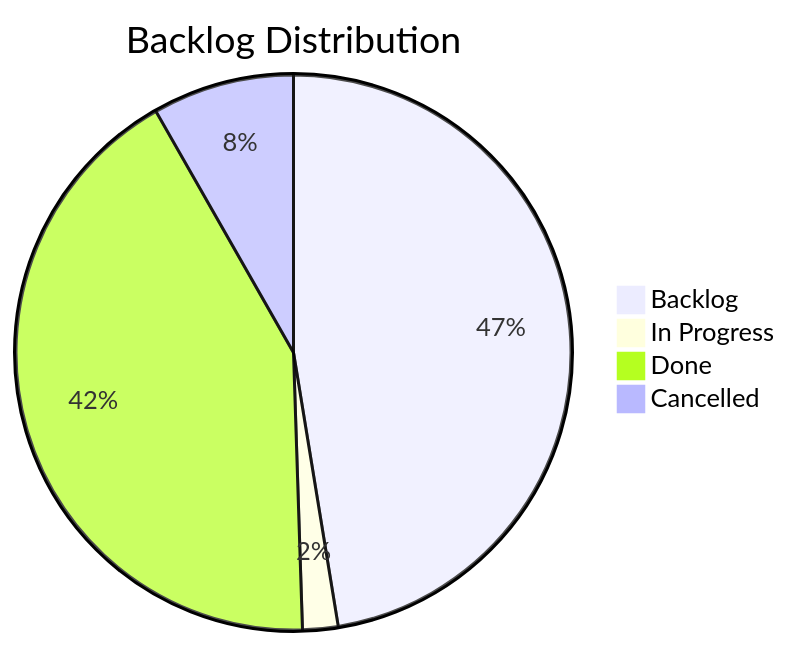
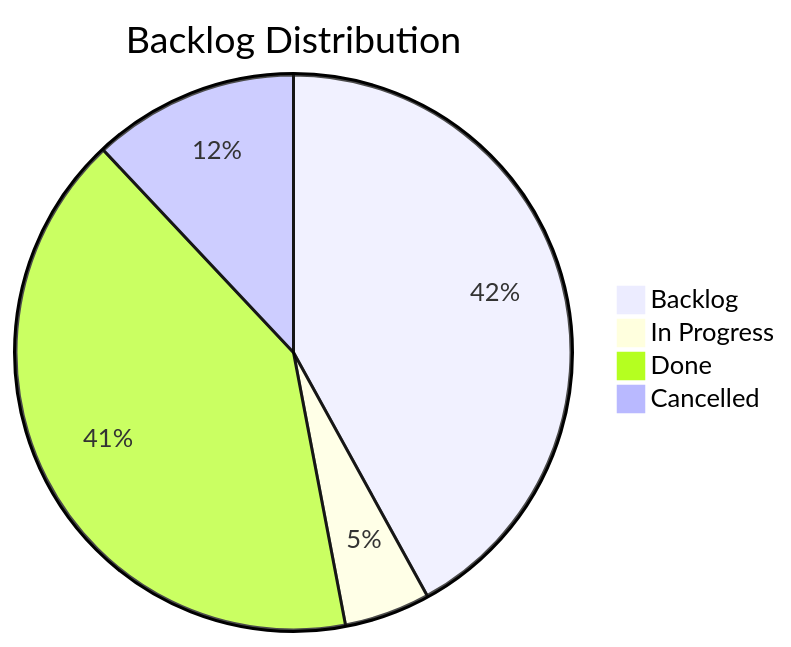
One commit to TheCodeCreature/Hytale-Example-Plugin changed the diagram in docs/board.md. Above: the diagram before and after it, drawn with Mermaid. The commit also changed other lines of this file and 22 other files, not shown here.

````diff
--- a/docs/board.md
+++ b/docs/board.md
@@ -7,7 +7,7 @@
 ```mermaid
 pie title Backlog Distribution
-    "Backlog" : 46
-    "In Progress" : 2
+    "Backlog" : 42
+    "In Progress" : 5
     "Done" : 41
-    "Cancelled" : 8
+    "Cancelled" : 12
 ```
````
